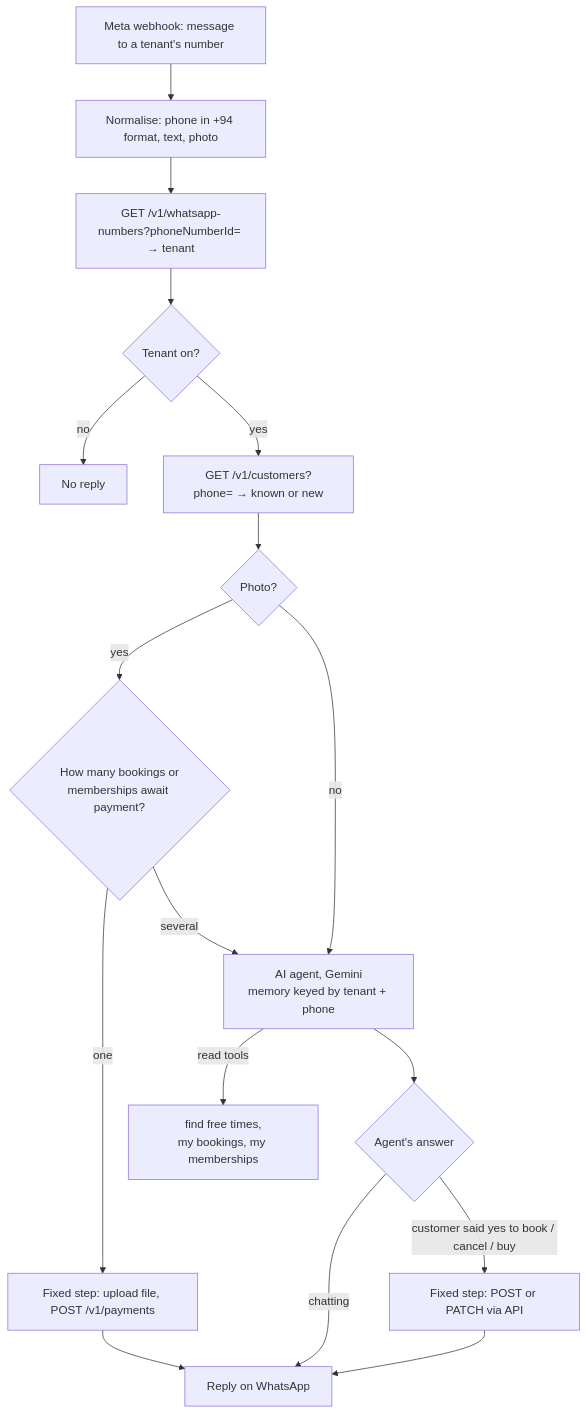
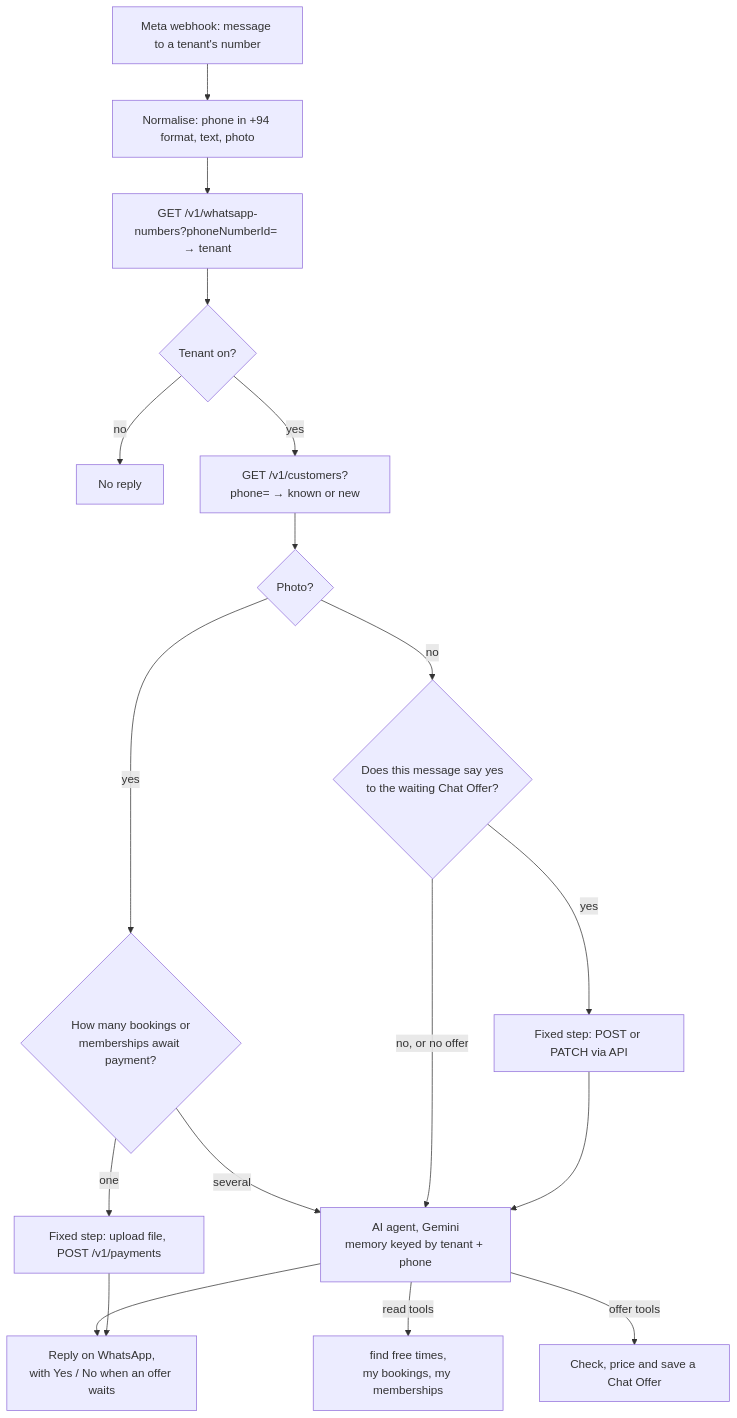
Before and after one commit to Nasrullaunais/Merivo-Turftap: the diagram in docs/architecture/assistant.md, drawn with Mermaid. The commit also changed other lines of this file and 19 other files, not shown here.

First line of the commit message:
Let customers book and cancel through the Assistant (T37) (#47)

````diff
--- a/docs/architecture/assistant.md
+++ b/docs/architecture/assistant.md
@@ -7,19 +7,20 @@
 ```mermaid
 flowchart TD
   wa[Meta webhook: message to a tenant's number] --> norm[Normalise: phone in +94 format, text, photo]
   norm --> tenant[GET /v1/whatsapp-numbers?phoneNumberId= → tenant]
   tenant --> off{Tenant on?}
   off -- no --> stop[No reply]
   off -- yes --> cust[GET /v1/customers?phone= → known or new]
   cust --> photo{Photo?}
   photo -- yes --> waiting{How many bookings or<br/>memberships await payment?}
   waiting -- one --> receipt[Fixed step: upload file, POST /v1/payments]
   waiting -- several --> agent
-  photo -- no --> agent[AI agent, Gemini<br/>memory keyed by tenant + phone]
+  photo -- no --> offer{Does this message say yes<br/>to the waiting Chat Offer?}
+  offer -- yes --> write[Fixed step: POST or PATCH via API]
+  offer -- no, or no offer --> agent
+  write --> agent[AI agent, Gemini<br/>memory keyed by tenant + phone]
   agent -- read tools --> tools[find free times,<br/>my bookings, my memberships]
-  agent --> decide{Agent's answer}
-  decide -- chatting --> reply[Reply on WhatsApp]
-  decide -- customer said yes to book / cancel / buy --> write[Fixed step: POST or PATCH via API]
-  write --> reply
+  agent -- offer tools --> save[Check, price and save a Chat Offer]
+  agent --> reply[Reply on WhatsApp,<br/>with Yes / No when an offer waits]
   receipt --> reply
 ```
````
